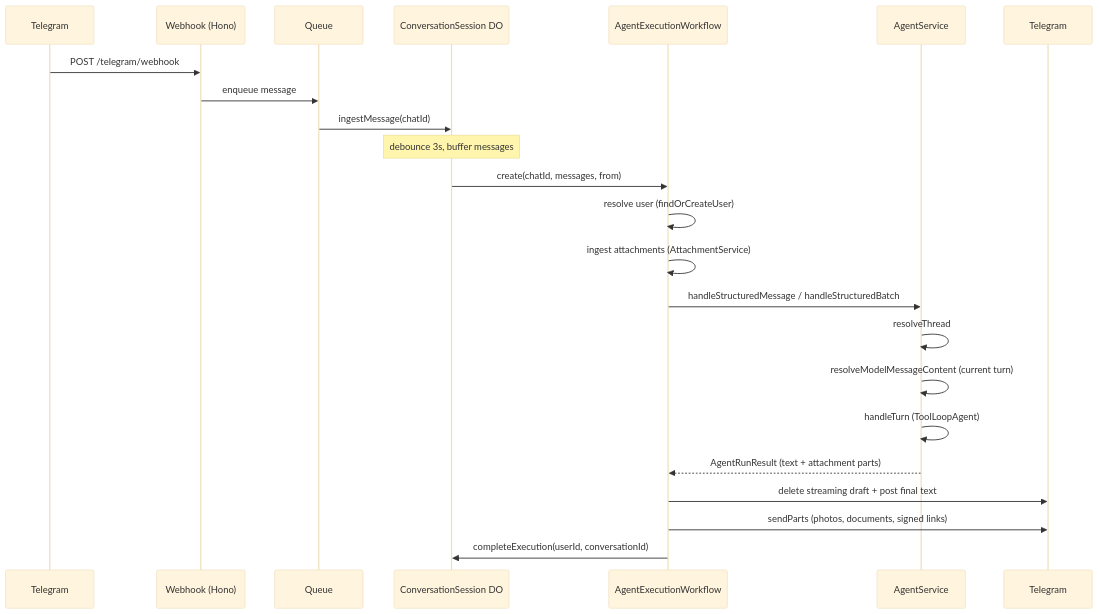
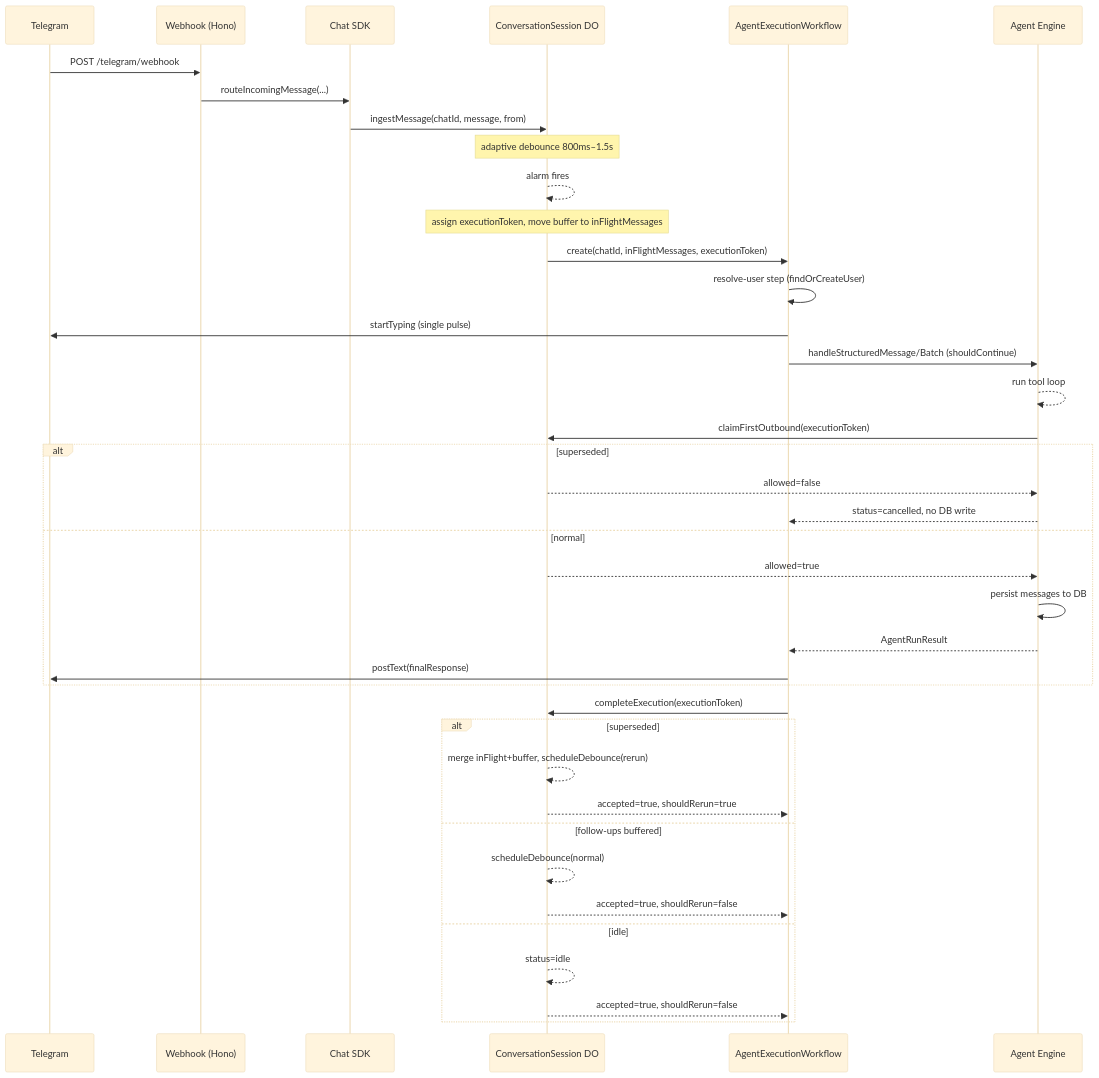
Before and after one commit to punitarani/amby: the first of 4 diagrams in docs/RUNTIME.md, drawn with Mermaid (base theme). The commit also changed other lines of this file and 27 other files, not shown here.

First line of the commit message:
Improve telegram conversation flow (#112)

````diff
--- a/docs/RUNTIME.md
+++ b/docs/RUNTIME.md
@@ -7,26 +7,45 @@
 ```mermaid
 sequenceDiagram
     participant TG as Telegram
     participant WH as Webhook (Hono)
-    participant Q as Queue
+    participant SDK as Chat SDK
     participant DO as ConversationSession DO
     participant WF as AgentExecutionWorkflow
-    participant AG as AgentService
-    participant TG2 as Telegram
+    participant AG as Agent Engine
 
     TG->>WH: POST /telegram/webhook
-    WH->>Q: enqueue message
-    Q->>DO: ingestMessage(chatId)
-    Note over DO: debounce 3s, buffer messages
-    DO->>WF: create(chatId, messages, from)
-    WF->>WF: resolve user (findOrCreateUser)
-    WF->>WF: ingest attachments (AttachmentService)
-    WF->>AG: handleStructuredMessage / handleStructuredBatch
-    AG->>AG: resolveThread
-    AG->>AG: resolveModelMessageContent (current turn)
-    AG->>AG: handleTurn (ToolLoopAgent)
-    AG-->>WF: AgentRunResult (text + attachment parts)
-    WF->>TG2: delete streaming draft + post final text
-    WF->>TG2: sendParts (photos, documents, signed links)
-    WF->>DO: completeExecution(userId, conversationId)
+    WH->>SDK: routeIncomingMessage(...)
+    SDK->>DO: ingestMessage(chatId, message, from)
+    Note over DO: adaptive debounce 800ms–1.5s
+    DO-->>DO: alarm fires
+    Note over DO: assign executionToken, move buffer to inFlightMessages
+    DO->>WF: create(chatId, inFlightMessages, executionToken)
+
+    WF->>WF: resolve-user step (findOrCreateUser)
+    WF->>TG: startTyping (single pulse)
+    WF->>AG: handleStructuredMessage/Batch (shouldContinue)
+    AG-->>AG: run tool loop
+
+    AG->>DO: claimFirstOutbound(executionToken)
+    alt superseded
+        DO-->>AG: allowed=false
+        AG-->>WF: status=cancelled, no DB write
+    else normal
+        DO-->>AG: allowed=true
+        AG->>AG: persist messages to DB
+        AG-->>WF: AgentRunResult
+        WF->>TG: postText(finalResponse)
+    end
+
+    WF->>DO: completeExecution(executionToken)
+    alt superseded
+        DO-->>DO: merge inFlight+buffer, scheduleDebounce(rerun)
+        DO-->>WF: accepted=true, shouldRerun=true
+    else follow-ups buffered
+        DO-->>DO: scheduleDebounce(normal)
+        DO-->>WF: accepted=true, shouldRerun=false
+    else idle
+        DO-->>DO: status=idle
+        DO-->>WF: accepted=true, shouldRerun=false
+    end
 ```
````
